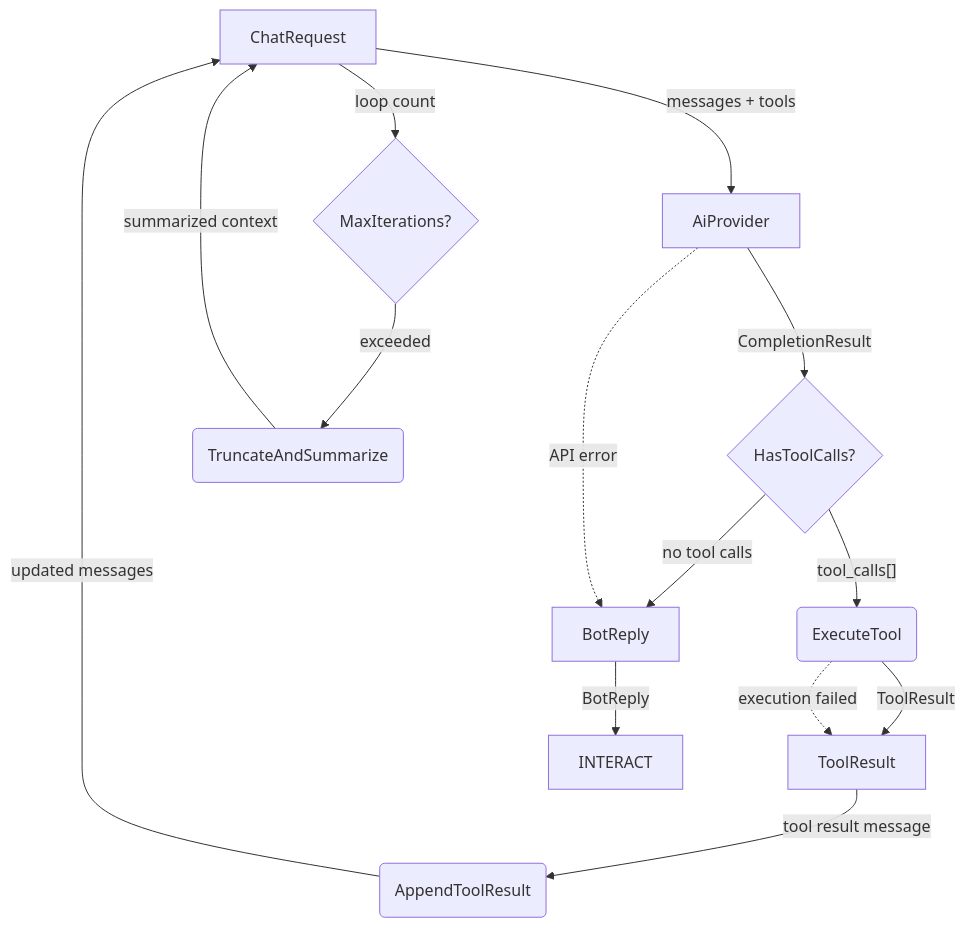
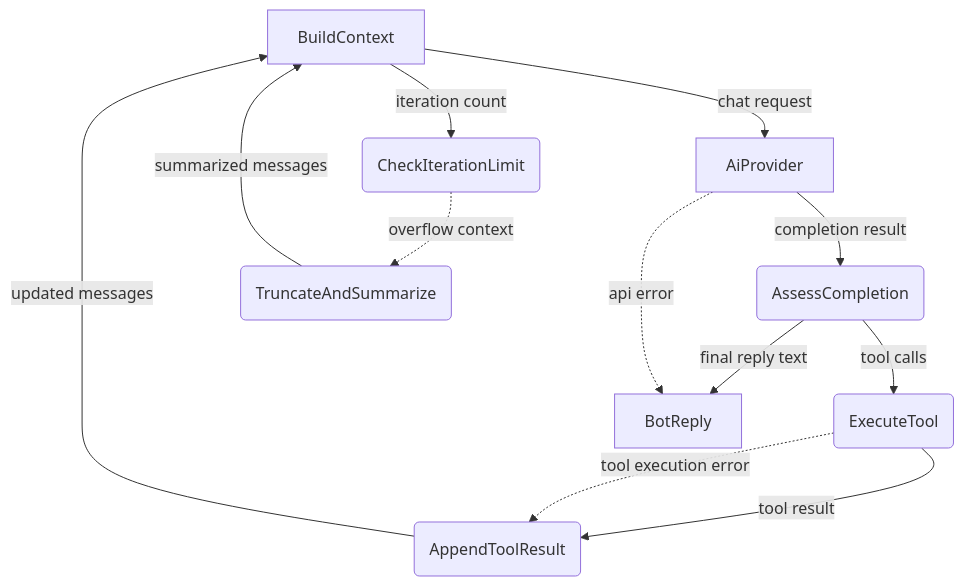
One commit to cosmoswafer/rockbot changed the third of 6 diagrams in _dfds/agent-harness.md. Above: the diagram before and after it, drawn with Mermaid. The commit also changed other lines of this file and 7 other files, not shown here.

````diff
--- a/_dfds/agent-harness.md
+++ b/_dfds/agent-harness.md
@@ -71,26 +67,23 @@
 ```mermaid
 flowchart TD
-    REQ[ChatRequest]
+    CTX[BuildContext]
     AI[AiProvider]
-    CHECK{HasToolCalls?}
+    ASSESS(AssessCompletion)
     EXEC(ExecuteTool)
-    RESULT[ToolResult]
     APPEND(AppendToolResult)
-    REPLY[BotReply]
-    MAX_LOOP{MaxIterations?}
+    LIMIT(CheckIterationLimit)
     TRUNC(TruncateAndSummarize)
+    REPLY_OUT[BotReply]
 
-    REQ -->|"messages + tools"| AI
-    AI -->|"CompletionResult"| CHECK
-    CHECK -->|"no tool calls"| REPLY
-    REPLY -->|"BotReply"| INTERACT
-    CHECK -->|"tool_calls[]"| EXEC
-    EXEC -->|"ToolResult"| RESULT
-    RESULT -->|"tool result message"| APPEND
-    APPEND -->|"updated messages"| REQ
-    REQ -->|"loop count"| MAX_LOOP
-    MAX_LOOP -->|"exceeded"| TRUNC
-    TRUNC -->|"summarized context"| REQ
-    EXEC -.->|"execution failed"| RESULT
-    AI -.->|"API error"| REPLY
+    CTX -->|"chat request"| AI
+    AI -->|"completion result"| ASSESS
+    ASSESS -->|"tool calls"| EXEC
+    ASSESS -->|"final reply text"| REPLY_OUT
+    EXEC -->|"tool result"| APPEND
+    APPEND -->|"updated messages"| CTX
+    CTX -->|"iteration count"| LIMIT
+    LIMIT -.->|"overflow context"| TRUNC
+    TRUNC -->|"summarized messages"| CTX
+    EXEC -.->|"tool execution error"| APPEND
+    AI -.->|"api error"| REPLY_OUT
 ```
````
